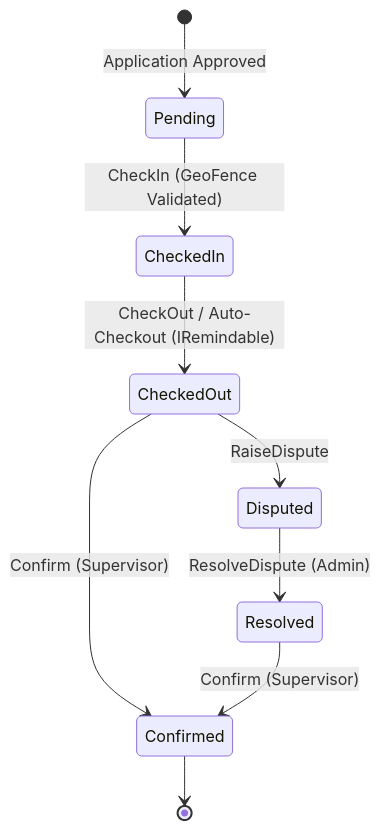
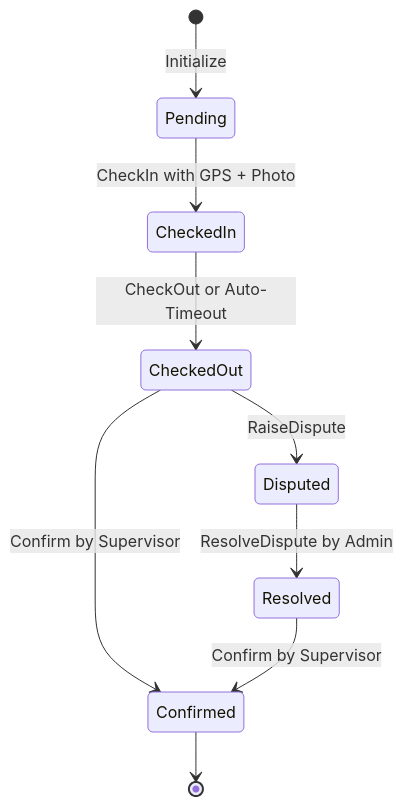
One commit to young-bob/CAD-Capstone changed the third of 5 diagrams in Code_V2/UML.md. Above: the diagram before and after it, drawn with Mermaid. The commit also changed other lines of this file and 2 other files, not shown here.

````diff
--- a/Code_V2/UML.md
+++ b/Code_V2/UML.md
@@ -354,17 +552,16 @@
-``` mermaid
+```mermaid
 stateDiagram-v2
-    %% ================= Attendance Status State Machine =================
-    [*] --> Pending : Application Approved
+    [*] --> Pending : Initialize
 
-    Pending --> CheckedIn : CheckIn (GeoFence Validated)
+    Pending --> CheckedIn : CheckIn with GPS + Photo
 
-    CheckedIn --> CheckedOut : CheckOut / Auto-Checkout (IRemindable)
+    CheckedIn --> CheckedOut : CheckOut or Auto-Timeout
 
     CheckedOut --> Disputed : RaiseDispute
-    CheckedOut --> Confirmed : Confirm (Supervisor)
+    CheckedOut --> Confirmed : Confirm by Supervisor
 
-    Disputed --> Resolved : ResolveDispute (Admin)
-    Resolved --> Confirmed : Confirm (Supervisor)
+    Disputed --> Resolved : ResolveDispute by Admin
+    Resolved --> Confirmed : Confirm by Supervisor
 
     Confirmed --> [*]
 ```
````
